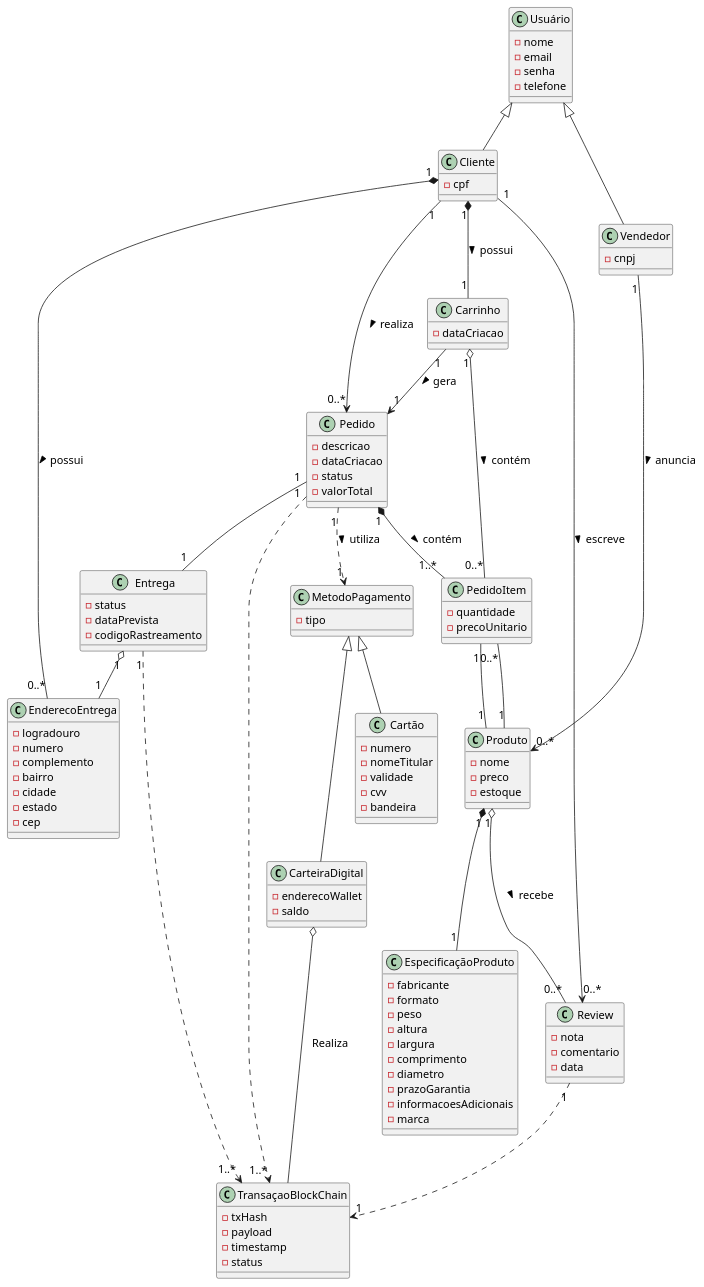
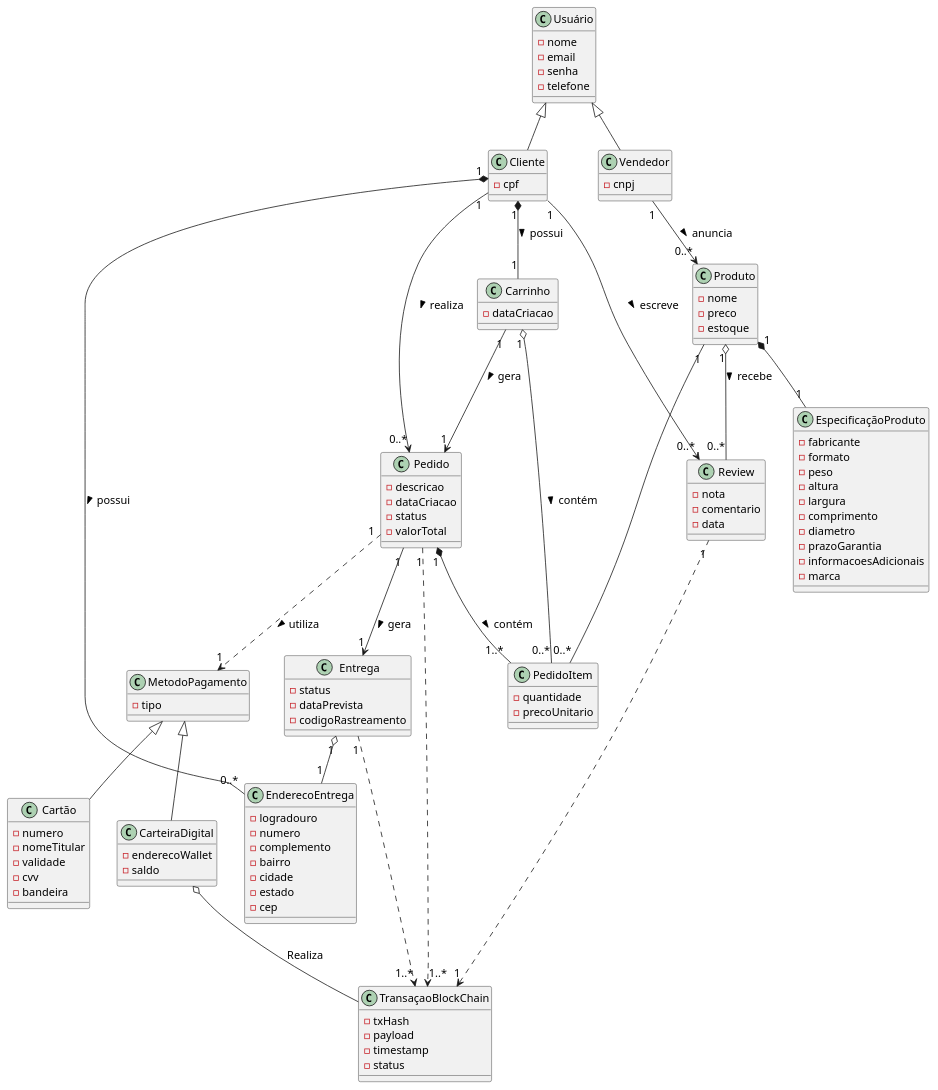
The diagram in trabalho_final/modelos_uml/diagrama_de_classes.plantuml (gilmarUFG/rs_es_20251_g4), drawn with PlantUML before and after one commit.

Commit message:
Pequenas alterações

```diff
--- a/trabalho_final/modelos_uml/diagrama_de_classes.plantuml
+++ b/trabalho_final/modelos_uml/diagrama_de_classes.plantuml
@@ -1,130 +1,129 @@
 @startuml ChainBuy
 top to bottom direction
 
 skinparam defaultFontName "Arial"
 skinparam defaultFontSize 14
 ' Classes base
 class Usuário {
     -nome
     -email
     -senha
     -telefone
 }
 
 class Produto {
     -nome   
     -preco
     -estoque
 }
 
 class EspecificaçãoProduto {
     -fabricante
     -formato
     -peso
     -altura
     -largura
     -comprimento
     -diametro
     -prazoGarantia
     -informacoesAdicionais
     -marca
 }
 
 class Cliente {   
     -cpf
 }
 
 class EnderecoEntrega {   
     -logradouro
     -numero
     -complemento
     -bairro
     -cidade
     -estado
     -cep
 }
 
 class Vendedor { 
     -cnpj
 }
 
 class Pedido {
     -descricao
     -dataCriacao
     -status
     -valorTotal
 }
 
 class PedidoItem {
     -quantidade
     -precoUnitario
 }
 
 class MetodoPagamento {
     -tipo
 }
 
 class Carrinho {
     -dataCriacao
 }
 
 class CarteiraDigital {
     -enderecoWallet
     -saldo
 }
 
 class Cartão {
     -numero
     -nomeTitular
     -validade
     -cvv
     -bandeira
 }
 
 class Entrega {
     -status
     -dataPrevista
     -codigoRastreamento
 }
 
 class Review {
     -nota
     -comentario
     -data
 }
 
 class TransaçaoBlockChain {
     -txHash
     -payload
     -timestamp
     -status
 }
 
 MetodoPagamento <|-- Cartão
 MetodoPagamento <|-- CarteiraDigital
 Usuário <|-- Cliente
 Usuário <|-- Vendedor
 
 Vendedor "1" --> "0..*" Produto : anuncia >
 Cliente "1" --> "0..*" Pedido : realiza >
-PedidoItem "1" -- "1" Produto
 Produto "1" -- "0..*" PedidoItem
 Carrinho "1" --> "1" Pedido : gera >
 Cliente "1" --> "0..*" Review : escreve >
-Pedido "1" -- "1" Entrega
+Pedido "1" --> "1" Entrega : gera >
 
 Produto "1" o-- "0..*" Review : recebe >
 Carrinho "1" o-- "0..*" PedidoItem : contém >
 CarteiraDigital o-- TransaçaoBlockChain : Realiza
 Entrega "1" o-- "1" EnderecoEntrega
 
 Entrega "1" ..> "1..*" TransaçaoBlockChain
 Pedido "1" ..> "1" MetodoPagamento : utiliza >
 Pedido "1" ..> "1..*" TransaçaoBlockChain
 Review "1" ..> "1" TransaçaoBlockChain
 
 Cliente "1" *-- "0..*" EnderecoEntrega : possui >
 Cliente "1" *-- "1" Carrinho : possui >
 Produto "1" *-- "1" EspecificaçãoProduto
 Pedido "1" *-- "1..*" PedidoItem: contém >
 @enduml
```
